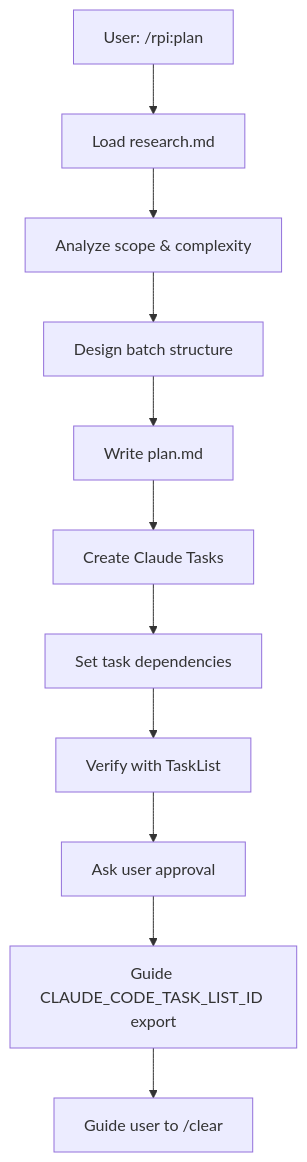
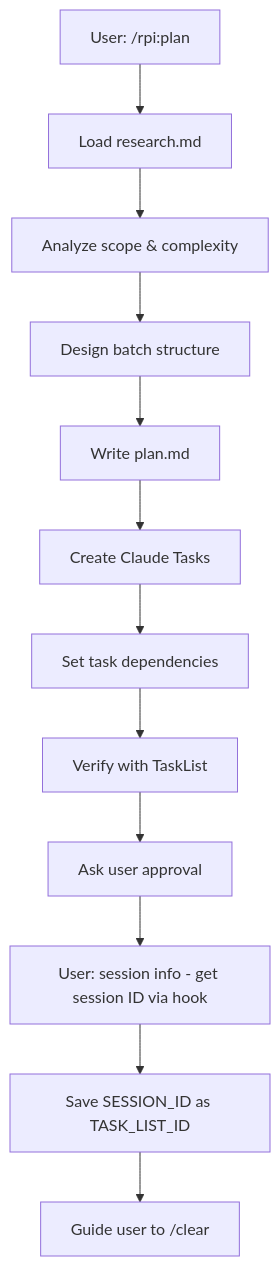
The diagram in commands/plan.md (ValseLee/RPIWorkflow), drawn with Mermaid before and after one commit. The commit also changed other lines of this file and 1 other file, not shown here.

Commit message:
⚙️ refactor: replace manual env export with session hook for TaskList ID persistence

````diff
--- a/commands/plan.md
+++ b/commands/plan.md
@@ -30,13 +30,14 @@
 ```mermaid
 flowchart TB
     Start[User: /rpi:plan] --> Load[Load research.md]
     Load --> Analyze[Analyze scope & complexity]
     Analyze --> Design[Design batch structure]
     Design --> Write[Write plan.md]
     Write --> Tasks[Create Claude Tasks]
     Tasks --> Deps[Set task dependencies]
     Deps --> Verify[Verify with TaskList]
     Verify --> Approval[Ask user approval]
-    Approval --> Export[Guide CLAUDE_CODE_TASK_LIST_ID export]
-    Export --> Clear[Guide user to /clear]
+    Approval --> Session[User: session info - get session ID via hook]
+    Session --> Save[Save SESSION_ID as TASK_LIST_ID]
+    Save --> Clear[Guide user to /clear]
 ```
````
